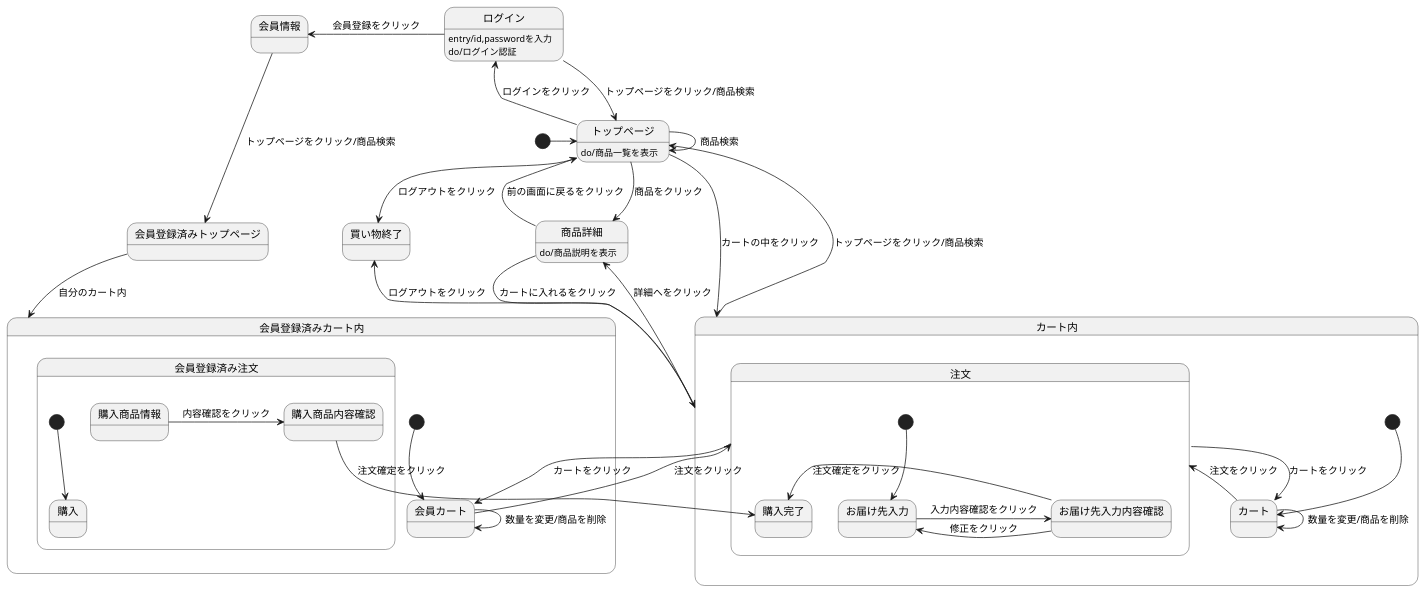
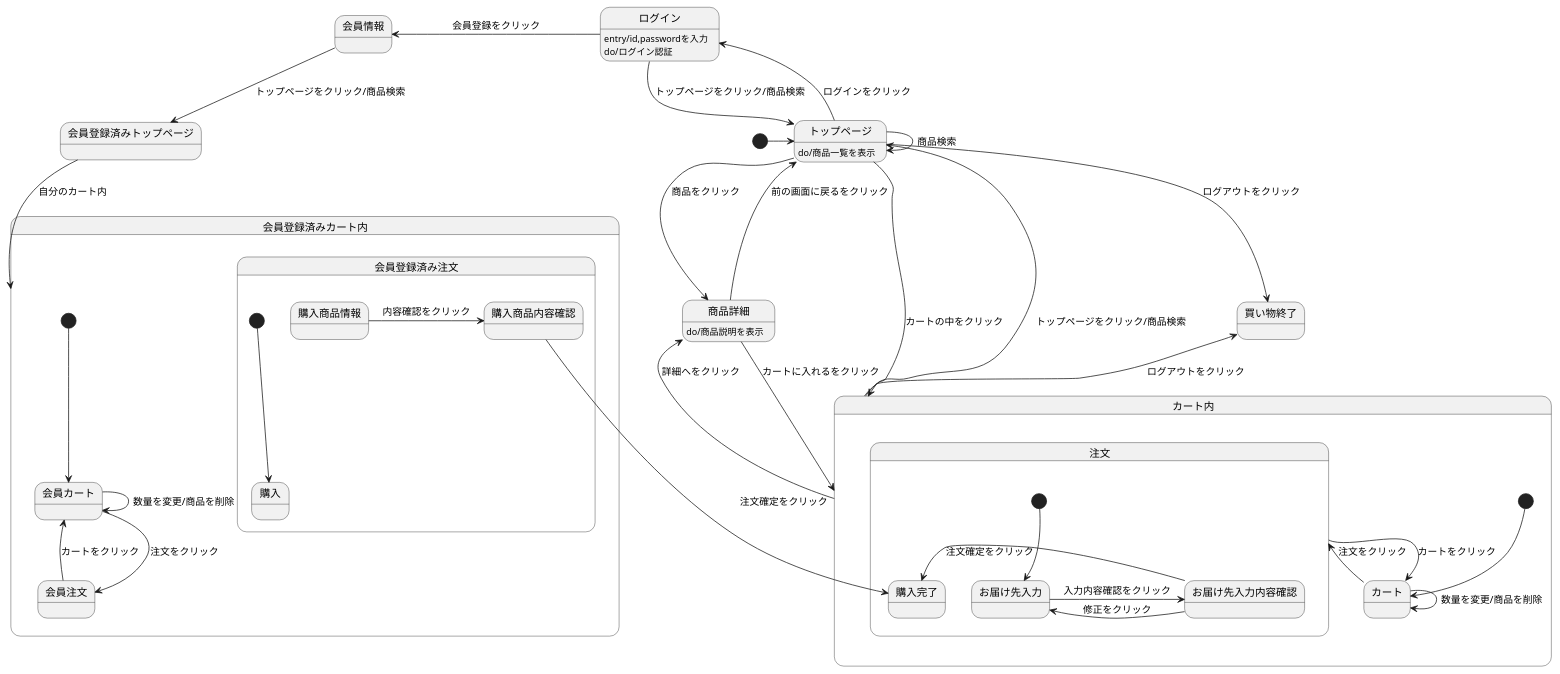
One commit to Aso2001140/2012sys-design changed the diagram in create 12.md. Above: the diagram before and after it, drawn with PlantUML.

Commit message:
Create create 12.md

````diff
--- a/create 12.md
+++ b/create 12.md
@@ -1,48 +1,48 @@
 ```uml
 @startuml
 [*] -> トップページ
 会員情報 --> 会員登録済みトップページ : トップページをクリック/商品検索
 会員登録済みトップページ --> 会員登録済みカート内 : 自分のカート内
 ログイン --> トップページ : トップページをクリック/商品検索
 ログイン : entry/id,passwordを入力
 ログイン : do/ログイン認証
 トップページ --> 買い物終了 : ログアウトをクリック
 トップページ -> トップページ : 商品検索
 トップページ -> 商品詳細 : 商品をクリック
 ログイン -left-> 会員情報 : 会員登録をクリック
 トップページ -left-> ログイン : ログインをクリック
 トップページ --> カート内 : カートの中をクリック
 トップページ : do/商品一覧を表示
 商品詳細 --> カート内 : カートに入れるをクリック
 商品詳細 --> トップページ : 前の画面に戻るをクリック
 商品詳細 : do/商品説明を表示
 カート内 -up-> トップページ : トップページをクリック/商品検索
 カート内 -up-> 買い物終了 : ログアウトをクリック
 カート内 -> 商品詳細 : 詳細へをクリック
 
 
 state カート内{
 [*] --> カート
 カート -> 注文 : 注文をクリック
 カート -> カート : 数量を変更/商品を削除
 注文 --> カート : カートをクリック
 state 注文{
 [*] --> お届け先入力
 お届け先入力 -> お届け先入力内容確認 : 入力内容確認をクリック
 お届け先入力内容確認 -> お届け先入力 : 修正をクリック
 お届け先入力内容確認 -> 購入完了 : 注文確定をクリック
 }
 }
 state 会員登録済みカート内{
 [*] --> 会員カート
-会員カート -> 注文 : 注文をクリック
+会員カート -> 会員注文 : 注文をクリック
 会員カート -> 会員カート : 数量を変更/商品を削除
-注文 --> 会員カート : カートをクリック
+会員注文 --> 会員カート : カートをクリック
 state 会員登録済み注文{
 [*] --> 購入
 購入商品情報 -> 購入商品内容確認 : 内容確認をクリック
 購入商品内容確認 -> 購入完了 : 注文確定をクリック
 }
 }
 @enduml
 ```
````
